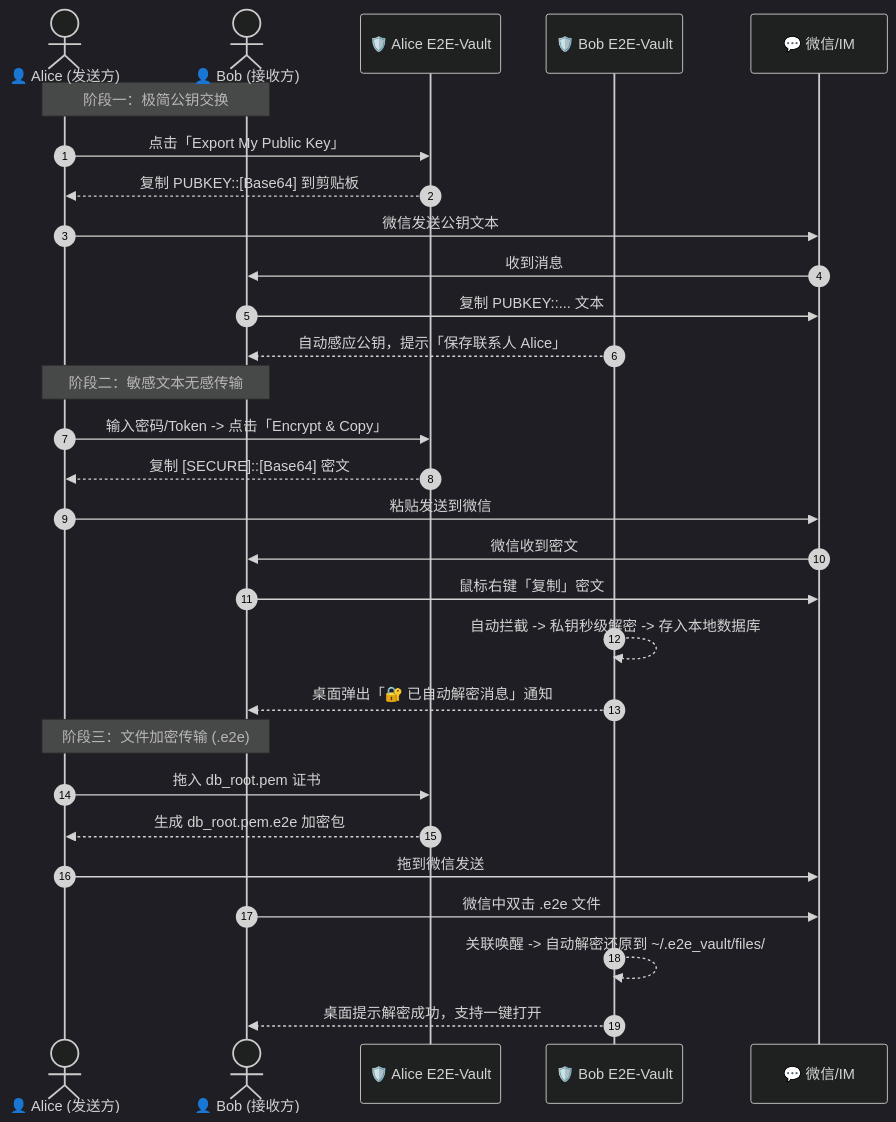
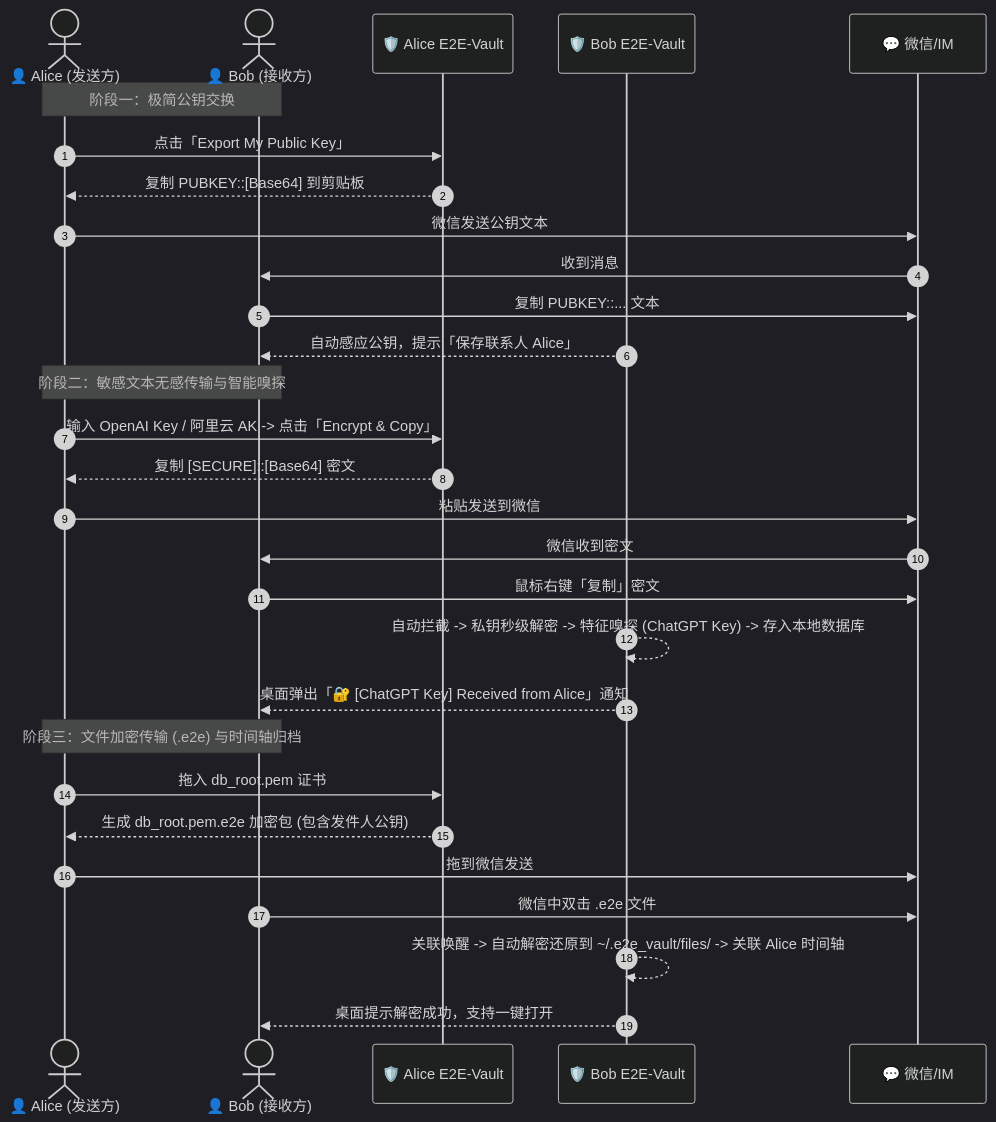
Before and after one commit to bigbowl99/E2E-Vault: the diagram in README.md, drawn with Mermaid (dark theme). The commit also changed other lines of this file, not shown here.

Commit message:
docs: update README with offline key sniffer matrix and contact timeline documentation

````diff
--- a/README.md
+++ b/README.md
@@ -36,34 +38,34 @@
 ```mermaid
 sequenceDiagram
     autonumber
     actor Alice as 👤 Alice (发送方)
     actor Bob as 👤 Bob (接收方)
     participant AVault as 🛡️ Alice E2E-Vault
     participant BVault as 🛡️ Bob E2E-Vault
     participant IM as 💬 微信/IM
 
     Note over Alice,Bob: 阶段一：极简公钥交换
     Alice->>AVault: 点击「Export My Public Key」
     AVault-->>Alice: 复制 PUBKEY::[Base64] 到剪贴板
     Alice->>IM: 微信发送公钥文本
     IM->>Bob: 收到消息
     Bob->>IM: 复制 PUBKEY::... 文本
     BVault-->>Bob: 自动感应公钥，提示「保存联系人 Alice」
 
-    Note over Alice,Bob: 阶段二：敏感文本无感传输
-    Alice->>AVault: 输入密码/Token -> 点击「Encrypt & Copy」
+    Note over Alice,Bob: 阶段二：敏感文本无感传输与智能嗅探
+    Alice->>AVault: 输入 OpenAI Key / 阿里云 AK -> 点击「Encrypt & Copy」
     AVault-->>Alice: 复制 [SECURE]::[Base64] 密文
     Alice->>IM: 粘贴发送到微信
     IM->>Bob: 微信收到密文
     Bob->>IM: 鼠标右键「复制」密文
-    BVault-->>BVault: 自动拦截 -> 私钥秒级解密 -> 存入本地数据库
-    BVault-->>Bob: 桌面弹出「🔐 已自动解密消息」通知
+    BVault-->>BVault: 自动拦截 -> 私钥秒级解密 -> 特征嗅探 (ChatGPT Key) -> 存入本地数据库
+    BVault-->>Bob: 桌面弹出「🔐 [ChatGPT Key] Received from Alice」通知
 
-    Note over Alice,Bob: 阶段三：文件加密传输 (.e2e)
+    Note over Alice,Bob: 阶段三：文件加密传输 (.e2e) 与时间轴归档
     Alice->>AVault: 拖入 db_root.pem 证书
-    AVault-->>Alice: 生成 db_root.pem.e2e 加密包
+    AVault-->>Alice: 生成 db_root.pem.e2e 加密包 (包含发件人公钥)
     Alice->>IM: 拖到微信发送
     Bob->>IM: 微信中双击 .e2e 文件
-    BVault-->>BVault: 关联唤醒 -> 自动解密还原到 ~/.e2e_vault/files/
+    BVault-->>BVault: 关联唤醒 -> 自动解密还原到 ~/.e2e_vault/files/ -> 关联 Alice 时间轴
     BVault-->>Bob: 桌面提示解密成功，支持一键打开
 ```
````
